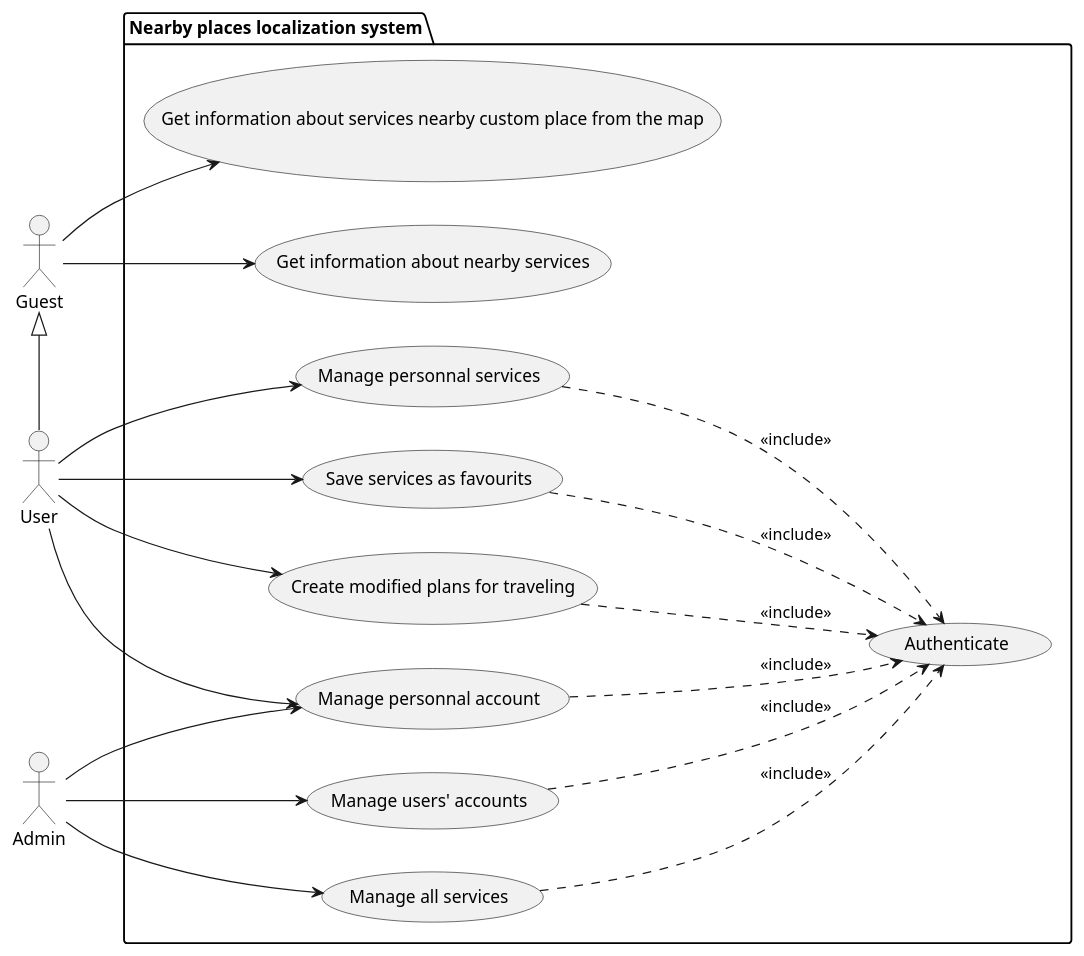
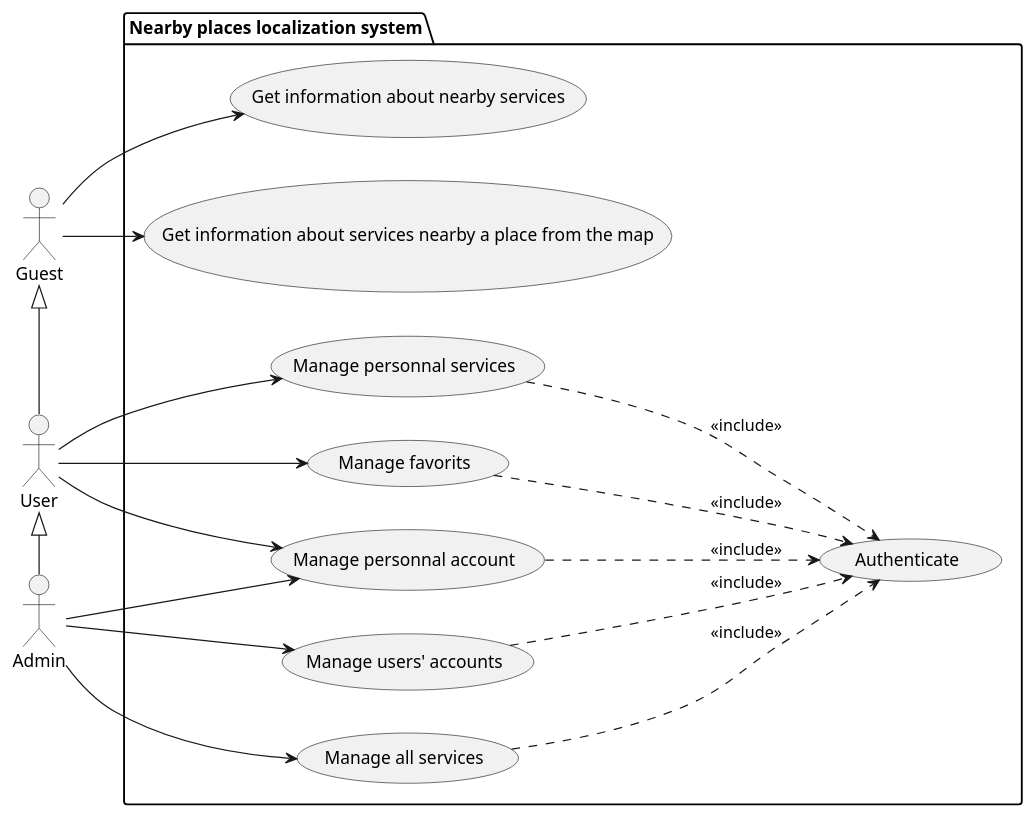
One commit to techguyseli/touristy changed the diagram in rapport/uml/plantuml/use_case.pu. Above: the diagram before and after it, drawn with PlantUML. The commit also changed 1 other file, not shown here.

Commit message:
modified use case diagram

```diff
--- a/rapport/uml/plantuml/use_case.pu
+++ b/rapport/uml/plantuml/use_case.pu
@@ -1,43 +1,41 @@
 @startuml use_case
 left to right direction
 
 ' actors
 actor Guest as g
 actor User as u
 actor Admin as a
 
 ' system package and use cases
 package "Nearby places localization system"{
     usecase "Get information about nearby services" as g1
-    usecase "Get information about services nearby custom place from the map" as g2
+    usecase "Get information about services nearby a place from the map" as g2
     usecase "Authenticate" as auth
-    usecase "Save services as favourits" as u2
-    usecase "Create modified plans for traveling" as u4
+    usecase "Manage favorits" as u2
     usecase "Manage personnal account" as acc_man
     usecase "Manage users' accounts" as a1
     usecase "Manage personnal services" as personnal_service_management
     usecase "Manage all services" as service_management
 }
 
 ' use case main relations
 g --> g1
 g --> g2
 u --> u2
-u --> u4
 u --> acc_man
 a --> a1
 a --> acc_man
 a --> service_management
 u --> personnal_service_management
 
 ' includes
 u2 ..> auth : <<include>>
-u4 ..> auth : <<include>>
 a1 ..> auth : <<include>>
 acc_man ..> auth : <<include>>
 service_management ..> auth : <<include>>
 personnal_service_management ..> auth : <<include>>
 
 ' generalization
 g <|- u
+u <|- a
 @enduml
```
